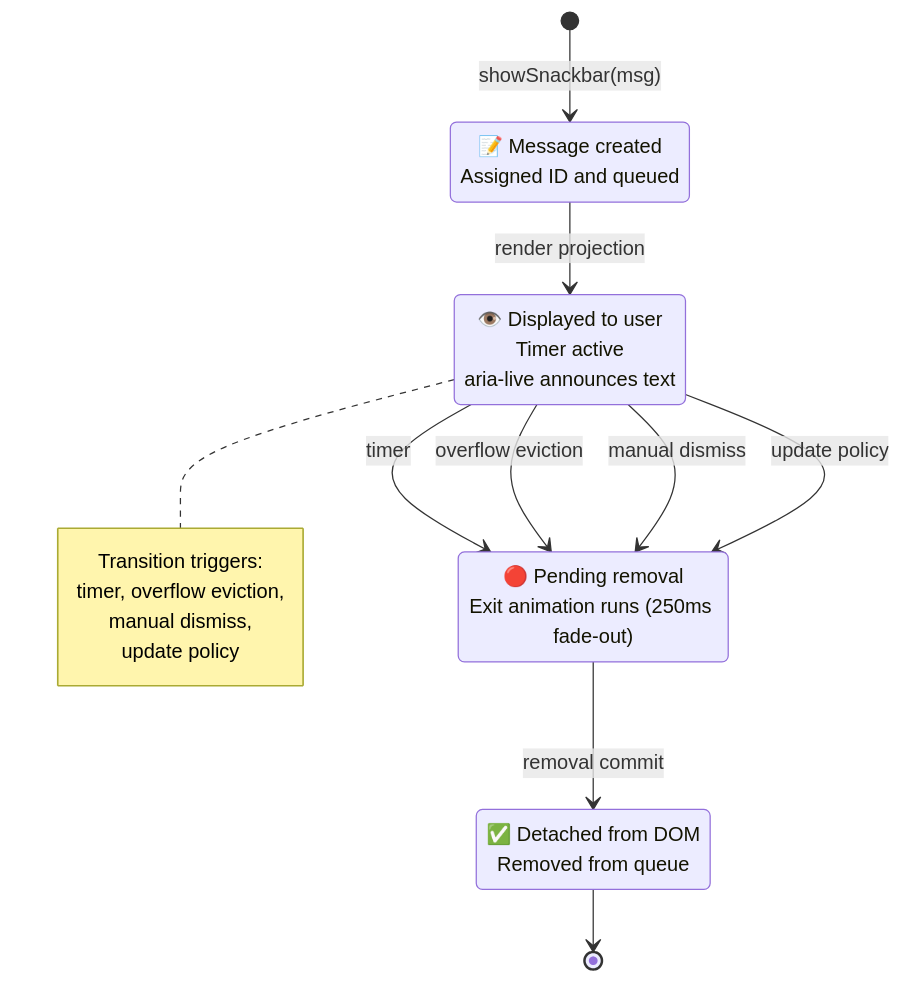
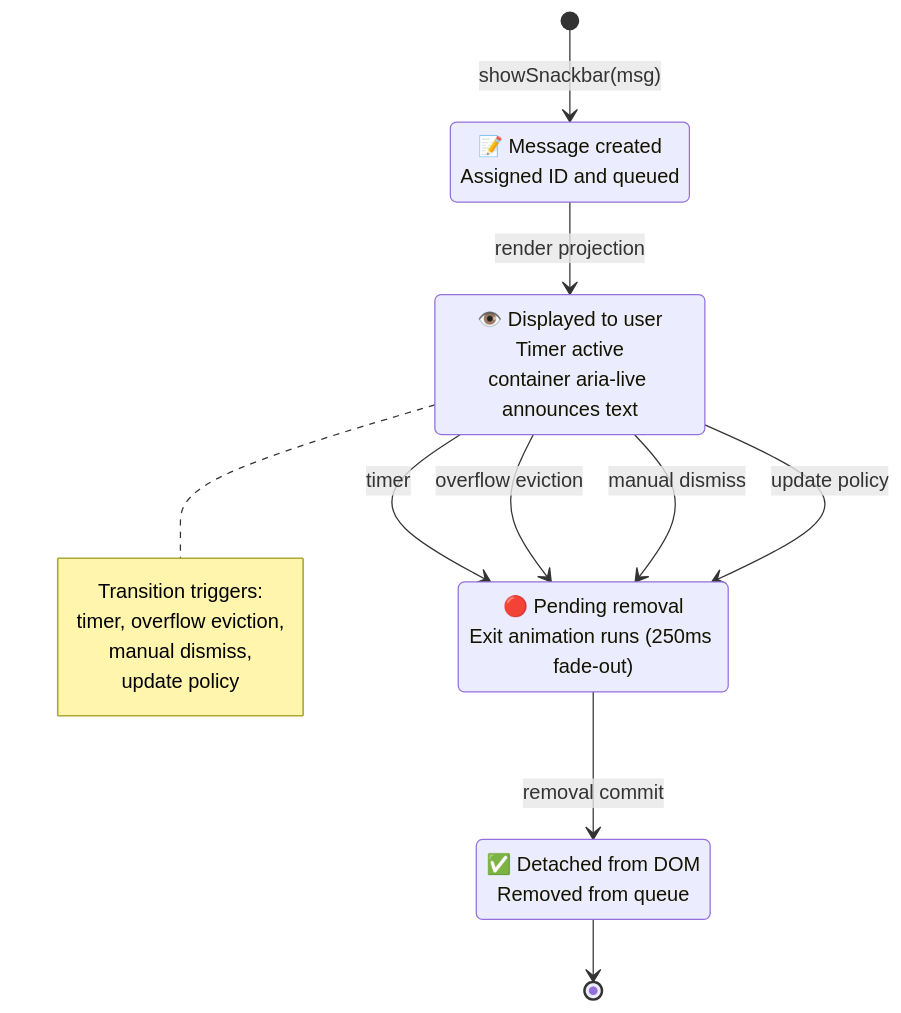
Before and after one commit to CyanAutomation/judokon: the second of 3 diagrams in design/productRequirementsDocuments/prdSnackbar.md, drawn with Mermaid. The commit also changed other lines of this file and 2 other files, not shown here.

Commit message:
Standardize snackbar live-region to container level (#5813)

````diff
--- a/design/productRequirementsDocuments/prdSnackbar.md
+++ b/design/productRequirementsDocuments/prdSnackbar.md
@@ -160,30 +160,30 @@
 ```mermaid
 stateDiagram-v2
     [*] --> Created: showSnackbar(msg)
 
     Created: 📝 Message created<br/>Assigned ID and queued
 
     Created --> Visible: render projection
 
-    Visible: 👁️ Displayed to user<br/>Timer active<br/>aria-live announces text
+    Visible: 👁️ Displayed to user<br/>Timer active<br/>container aria-live announces text
 
     Visible --> Dismissing: timer
     Visible --> Dismissing: overflow eviction
     Visible --> Dismissing: manual dismiss
     Visible --> Dismissing: update policy
 
     Dismissing: 🔴 Pending removal<br/>Exit animation runs (250ms fade-out)
 
     Dismissing --> Removed: removal commit
 
     Removed: ✅ Detached from DOM<br/>Removed from queue
 
     Removed --> [*]
 
     note right of Visible
         Transition triggers:
         timer, overflow eviction,
         manual dismiss,
         update policy
     end note
 ```
````
